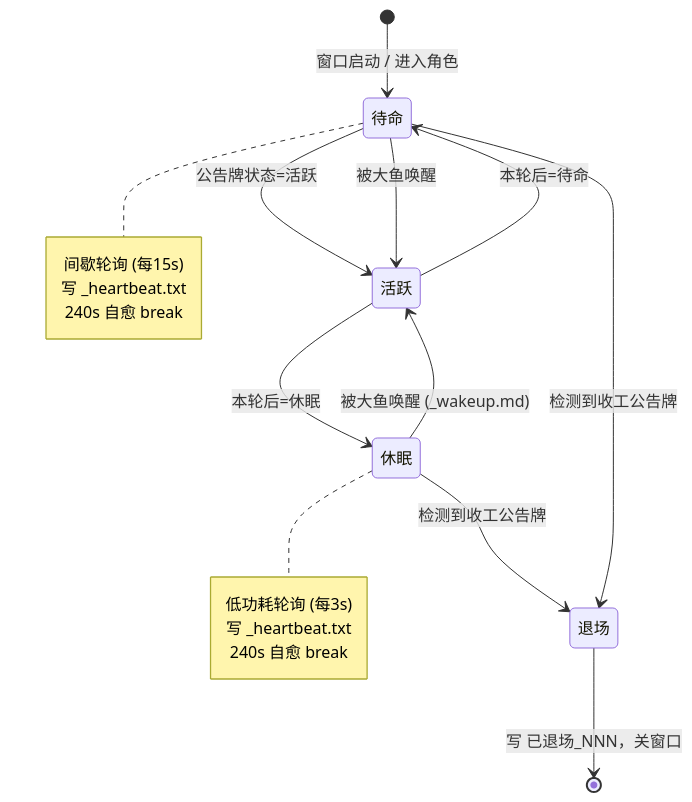
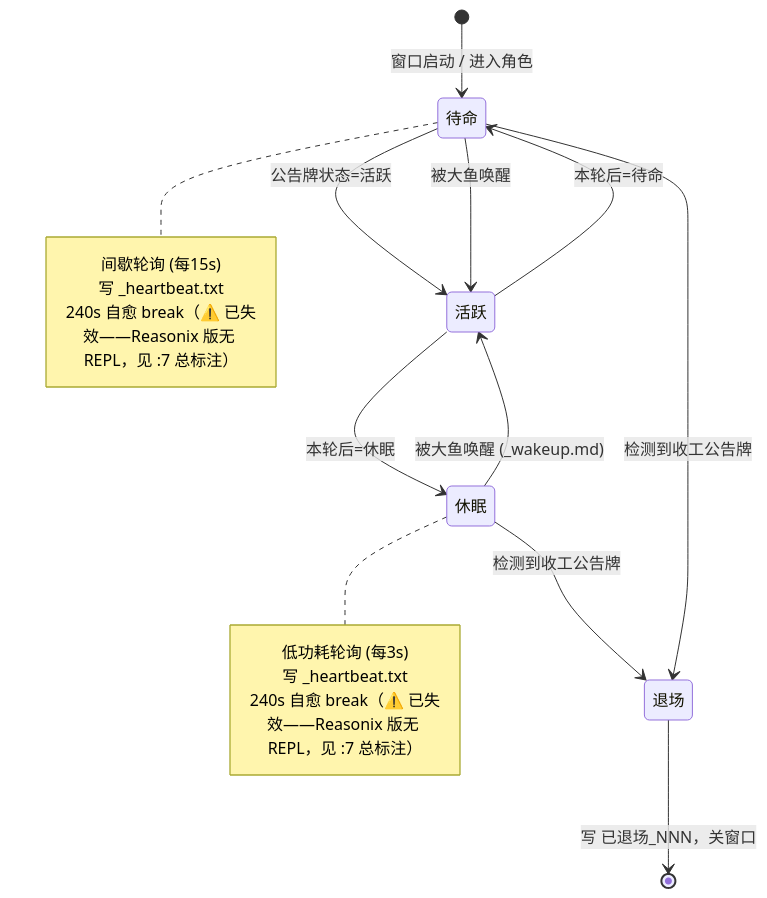
The second of 11 diagrams in 设计文档/初代-codex-ninja.md (whereismymindM/Codex-Ninja), drawn with Mermaid before and after one commit. The commit also changed other lines of this file and 17 other files, not shown here.

````diff
--- a/设计文档/初代-codex-ninja.md
+++ b/设计文档/初代-codex-ninja.md
@@ -72,24 +72,24 @@
 ```mermaid
 stateDiagram-v2
     [*] --> 待命 : 窗口启动 / 进入角色
     待命 --> 活跃 : 公告牌状态=活跃
     活跃 --> 待命 : 本轮后=待命
     活跃 --> 休眠 : 本轮后=休眠
     休眠 --> 活跃 : 被大鱼唤醒 (_wakeup.md)
     休眠 --> 退场 : 检测到收工公告牌
     待命 --> 活跃 : 被大鱼唤醒
     待命 --> 退场 : 检测到收工公告牌
     退场 --> [*] : 写 已退场_NNN，关窗口
 
     note right of 休眠
         低功耗轮询 (每3s)
         写 _heartbeat.txt
-        240s 自愈 break
+        240s 自愈 break（⚠️ 已失效——Reasonix 版无 REPL，见 :7 总标注）
     end note
 
     note right of 待命
         间歇轮询 (每15s)
         写 _heartbeat.txt
-        240s 自愈 break
+        240s 自愈 break（⚠️ 已失效——Reasonix 版无 REPL，见 :7 总标注）
     end note
 ```
````
